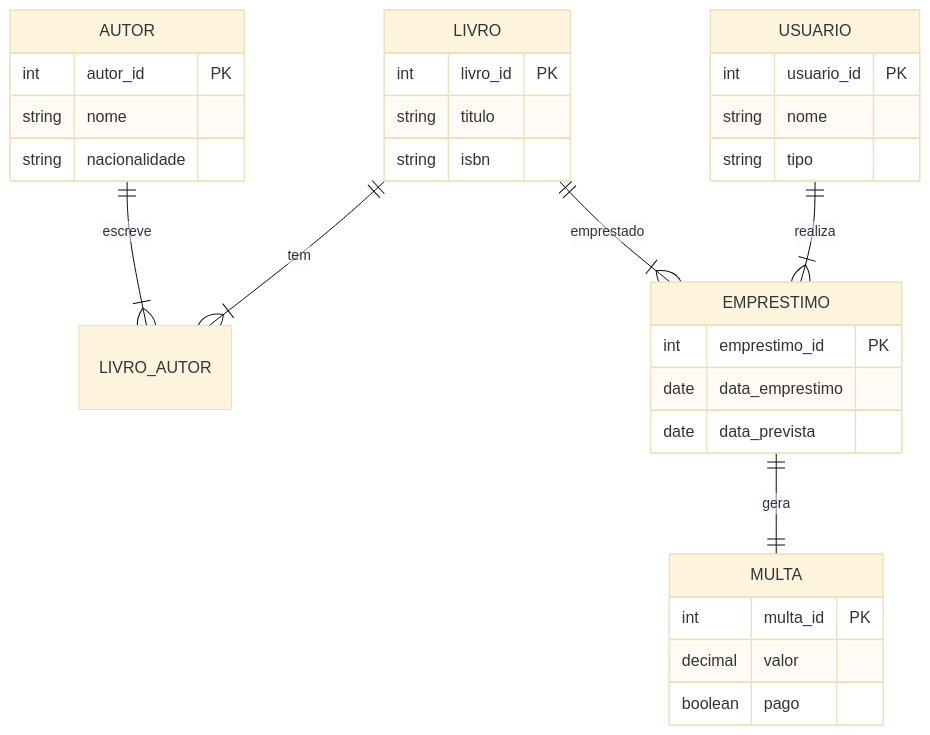
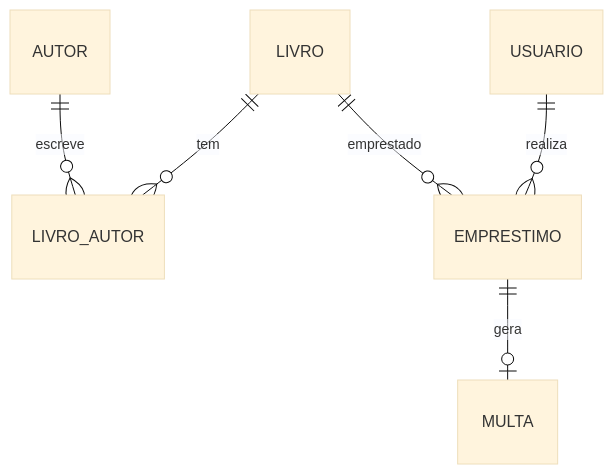
One commit to alloyha/experiments changed the diagram in data/data-modelling-lectures/aulas/03_erd_pratica_biblioteca/apresentacao.md. Above: the diagram before and after it, drawn with Mermaid (base theme). The commit also changed 60 other files, not shown here.

````diff
--- a/data/data-modelling-lectures/aulas/03_erd_pratica_biblioteca/apresentacao.md
+++ b/data/data-modelling-lectures/aulas/03_erd_pratica_biblioteca/apresentacao.md
@@ -39,34 +39,8 @@
 ```mermaid
 erDiagram
-    AUTOR ||--|{ LIVRO_AUTOR : escreve
-    LIVRO ||--|{ LIVRO_AUTOR : tem
-    LIVRO ||--|{ EMPRESTIMO : emprestado
-    USUARIO ||--|{ EMPRESTIMO : realiza
-    EMPRESTIMO ||--|| MULTA : gera
-
-    AUTOR {
-        int autor_id PK
-        string nome
-        string nacionalidade
-    }
-    LIVRO {
-        int livro_id PK
-        string titulo
-        string isbn
-    }
-    USUARIO {
-        int usuario_id PK
-        string nome
-        string tipo
-    }
-    EMPRESTIMO {
-        int emprestimo_id PK
-        date data_emprestimo
-        date data_prevista
-    }
-    MULTA {
-        int multa_id PK
-        decimal valor
-        boolean pago
-    }
+AUTOR ||--o{ LIVRO_AUTOR : escreve
+LIVRO ||--o{ LIVRO_AUTOR : tem
+LIVRO ||--o{ EMPRESTIMO : emprestado
+USUARIO ||--o{ EMPRESTIMO : realiza
+EMPRESTIMO ||--|o MULTA : gera
 ```
````
